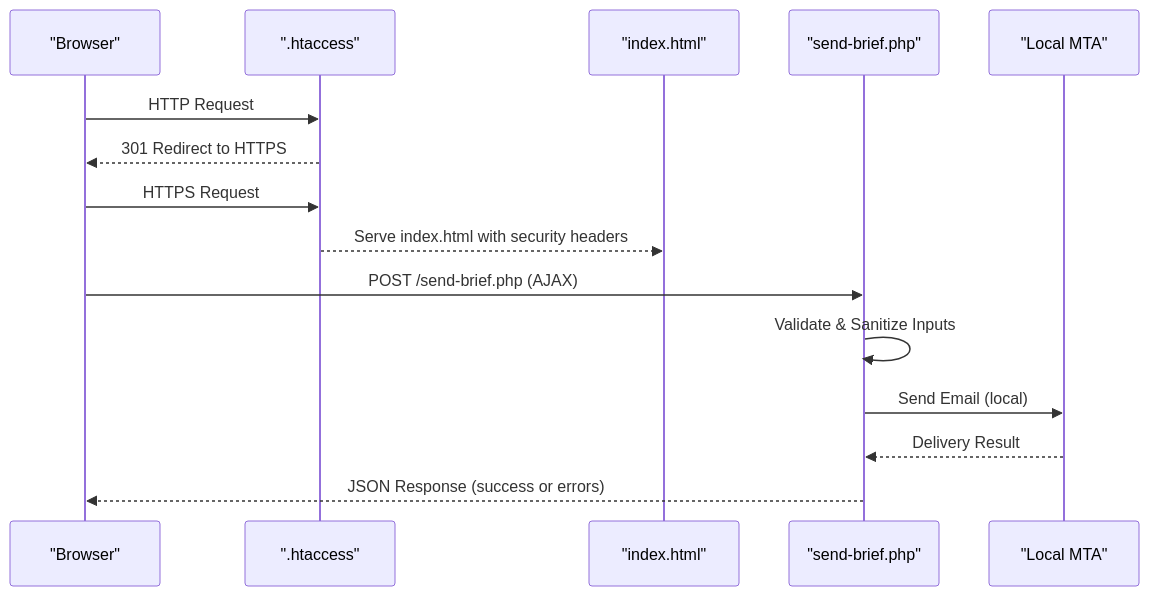
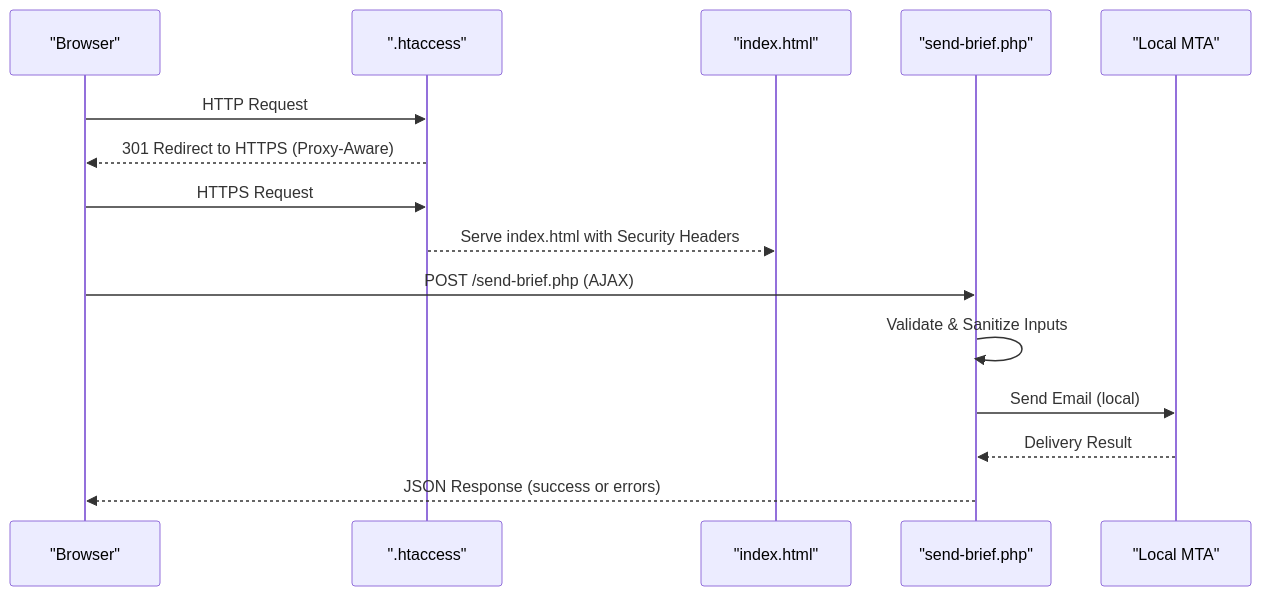
One commit to Vostrikov2014/emoo changed the second of 3 diagrams in .qoder/repowiki/en/content/Security Configuration.md. Above: the diagram before and after it, drawn with Mermaid. The commit also changed other lines of this file and 14 other files, not shown here.

````diff
--- a/.qoder/repowiki/en/content/Security Configuration.md
+++ b/.qoder/repowiki/en/content/Security Configuration.md
@@ -77,17 +86,17 @@
 ```mermaid
 sequenceDiagram
 participant B as "Browser"
 participant A as ".htaccess"
 participant I as "index.html"
 participant P as "send-brief.php"
 participant M as "Local MTA"
 B->>A : HTTP Request
-A-->>B : 301 Redirect to HTTPS
+A-->>B : 301 Redirect to HTTPS (Proxy-Aware)
 B->>A : HTTPS Request
-A-->>I : Serve index.html with security headers
+A-->>I : Serve index.html with Security Headers
 B->>P : POST /send-brief.php (AJAX)
 P->>P : Validate & Sanitize Inputs
 P->>M : Send Email (local)
 M-->>P : Delivery Result
 P-->>B : JSON Response (success or errors)
 ```
````
